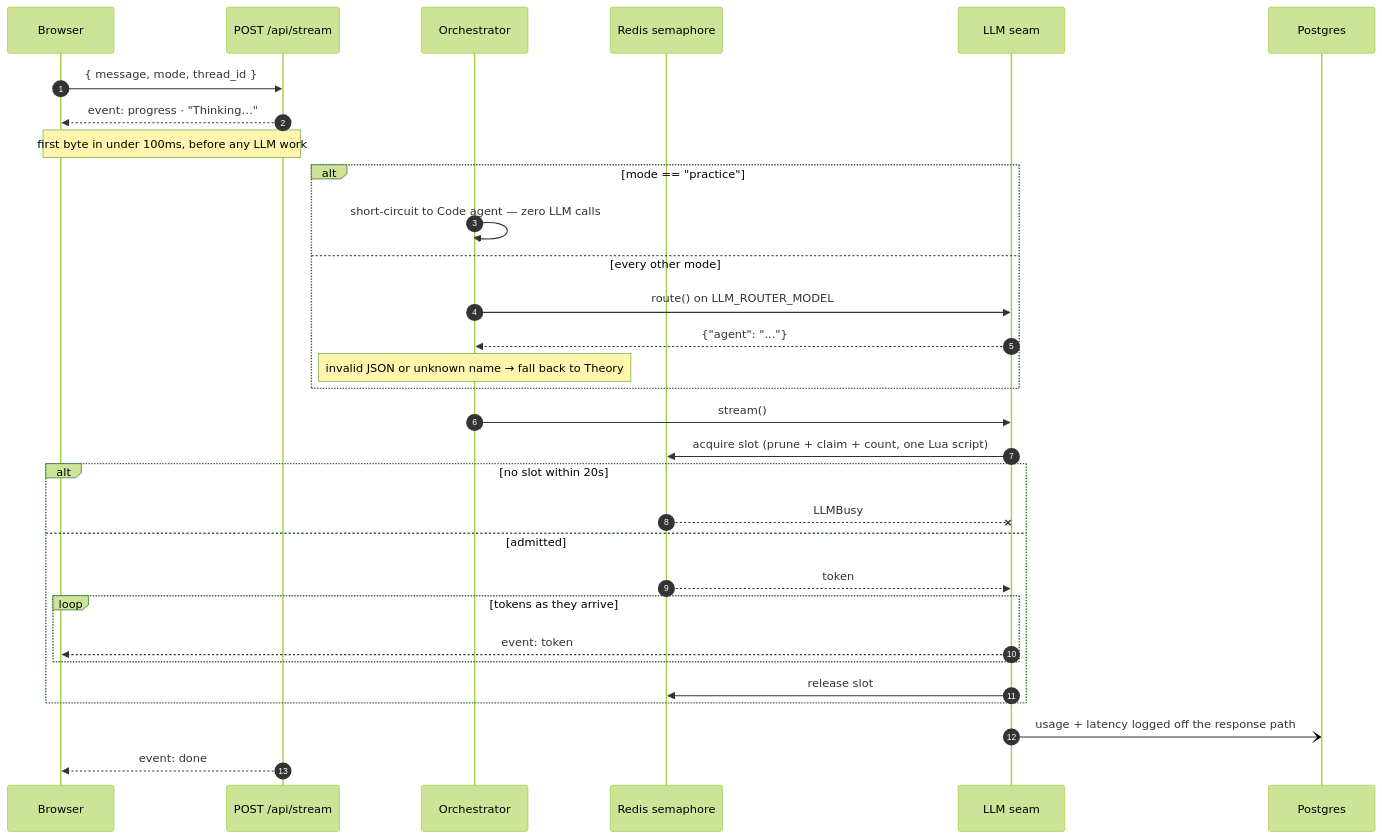
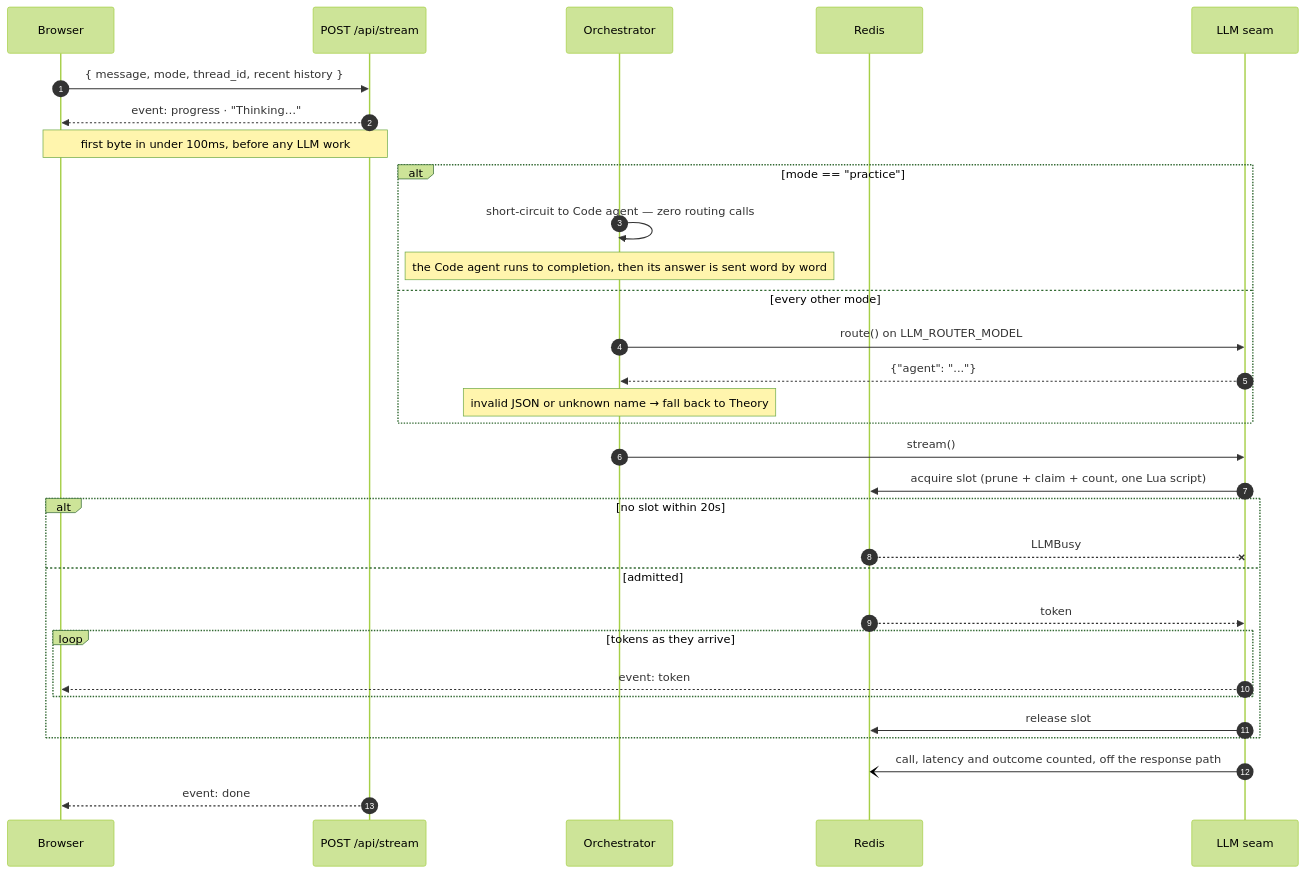
The second of 3 diagrams in README.md (asfandyar-prog/quantummind), drawn with Mermaid (forest theme) before and after one commit. The commit also changed other lines of this file and 2 other files, not shown here.

First line of the commit message:
docs: bring README, DEPLOY.md and the env template in line with the code

````diff
--- a/README.md
+++ b/README.md
@@ -142,36 +144,36 @@
 ```mermaid
 sequenceDiagram
     autonumber
     participant B as Browser
     participant R as POST /api/stream
     participant O as Orchestrator
-    participant Z as Redis semaphore
+    participant Z as Redis
     participant L as LLM seam
-    participant P as Postgres
 
-    B->>R: { message, mode, thread_id }
+    B->>R: { message, mode, thread_id, recent history }
     R-->>B: event: progress · "Thinking…"
     Note over R,B: first byte in under 100ms, before any LLM work
 
     alt mode == "practice"
-        O->>O: short-circuit to Code agent — zero LLM calls
+        O->>O: short-circuit to Code agent — zero routing calls
+        Note over O: the Code agent runs to completion, then its answer is sent word by word
     else every other mode
         O->>L: route() on LLM_ROUTER_MODEL
         L-->>O: {"agent": "..."}
         Note over O: invalid JSON or unknown name → fall back to Theory
     end
 
     O->>L: stream()
     L->>Z: acquire slot (prune + claim + count, one Lua script)
     alt no slot within 20s
         Z--xL: LLMBusy
     else admitted
         Z-->>L: token
         loop tokens as they arrive
             L-->>B: event: token
         end
         L->>Z: release slot
     end
-    L-)P: usage + latency logged off the response path
+    L-)Z: call, latency and outcome counted, off the response path
     R-->>B: event: done
 ```
````
